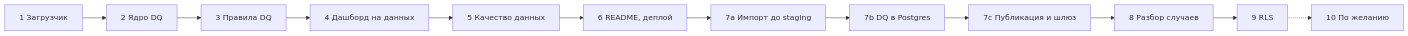
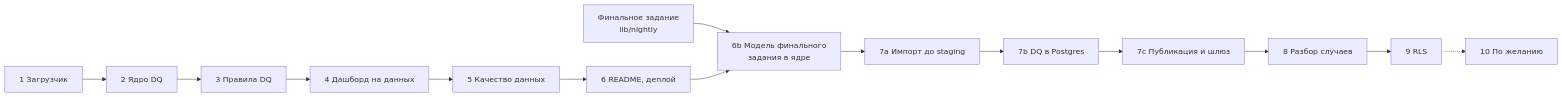
Before and after one commit to ProjectINT/business-system: the diagram in docs/ROADMAP.md, drawn with Mermaid. The commit also changed other lines of this file and 6 other files, not shown here.

````diff
--- a/docs/ROADMAP.md
+++ b/docs/ROADMAP.md
@@ -27,6 +28,7 @@
 ```mermaid
 flowchart LR
   P1["1 Загрузчик"] --> P2["2 Ядро DQ"] --> P3["3 Правила DQ"] --> P4["4 Дашборд на данных"] --> P5["5 Качество данных"] --> P6["6 README, деплой"]
-  P6 --> P7a["7a Импорт до staging"] --> P7b["7b DQ в Postgres"] --> P7c["7c Публикация и шлюз"] --> P8["8 Разбор случаев"] --> P9["9 RLS"]
+  FT["Финальное задание<br/>lib/nightly"] --> P6b
+  P6 --> P6b["6b Модель финального<br/>задания в ядре"] --> P7a["7a Импорт до staging"] --> P7b["7b DQ в Postgres"] --> P7c["7c Публикация и шлюз"] --> P8["8 Разбор случаев"] --> P9["9 RLS"]
   P9 -.-> P10["10 По желанию"]
 ```
````
